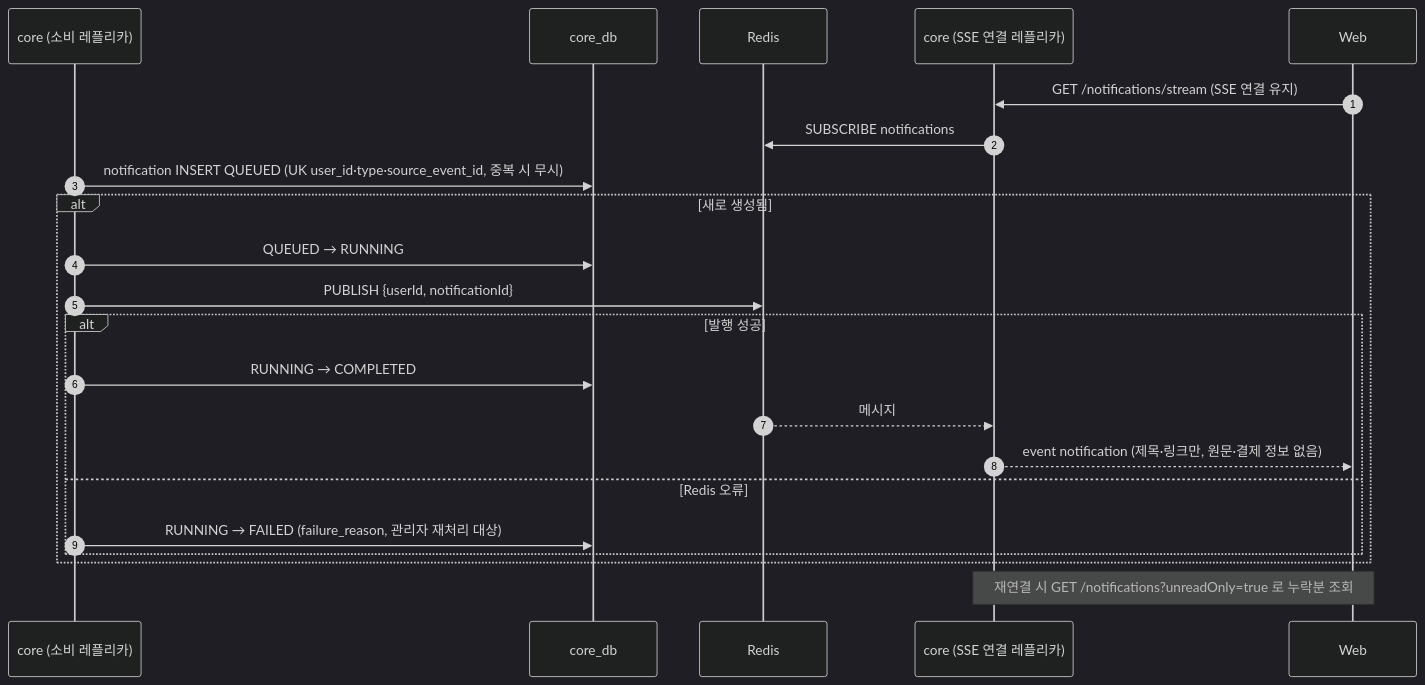
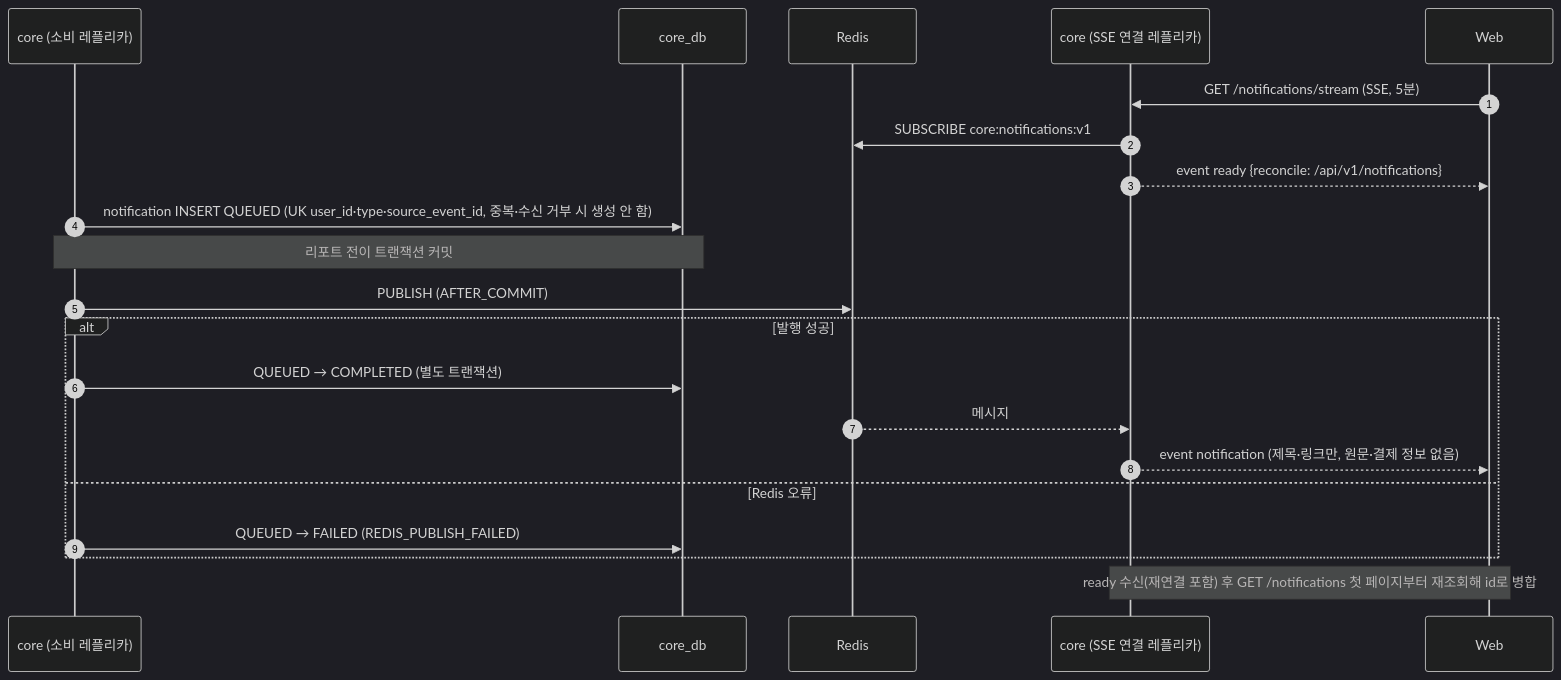
Diagram 12 of 21 in docs/design/sequence-diagram.md (SKNETWORKS-FAMILY-AICAMP/SKN34-FINAL-3TEAM), drawn with Mermaid (dark theme) before and after one commit. The commit also changed other lines of this file and 78 other files, not shown here.

````diff
--- a/docs/design/sequence-diagram.md
+++ b/docs/design/sequence-diagram.md
@@ -589,25 +589,24 @@
 ```mermaid
 sequenceDiagram
   autonumber
   participant C1 as core (소비 레플리카)
   participant CDB as core_db
   participant R as Redis
   participant C2 as core (SSE 연결 레플리카)
   participant W as Web
 
-  W->>C2: GET /notifications/stream (SSE 연결 유지)
-  C2->>R: SUBSCRIBE notifications
-  C1->>CDB: notification INSERT QUEUED (UK user_id·type·source_event_id, 중복 시 무시)
-  alt 새로 생성됨
-    C1->>CDB: QUEUED → RUNNING
-    C1->>R: PUBLISH {userId, notificationId}
-    alt 발행 성공
-      C1->>CDB: RUNNING → COMPLETED
-      R-->>C2: 메시지
-      C2-->>W: event notification (제목·링크만, 원문·결제 정보 없음)
-    else Redis 오류
-      C1->>CDB: RUNNING → FAILED (failure_reason, 관리자 재처리 대상)
-    end
+  W->>C2: GET /notifications/stream (SSE, 5분)
+  C2->>R: SUBSCRIBE core:notifications:v1
+  C2-->>W: event ready {reconcile: /api/v1/notifications}
+  C1->>CDB: notification INSERT QUEUED (UK user_id·type·source_event_id, 중복·수신 거부 시 생성 안 함)
+  Note over C1,CDB: 리포트 전이 트랜잭션 커밋
+  C1->>R: PUBLISH (AFTER_COMMIT)
+  alt 발행 성공
+    C1->>CDB: QUEUED → COMPLETED (별도 트랜잭션)
+    R-->>C2: 메시지
+    C2-->>W: event notification (제목·링크만, 원문·결제 정보 없음)
+  else Redis 오류
+    C1->>CDB: QUEUED → FAILED (REDIS_PUBLISH_FAILED)
   end
-  Note over W,C2: 재연결 시 GET /notifications?unreadOnly=true 로 누락분 조회
+  Note over W,C2: ready 수신(재연결 포함) 후 GET /notifications 첫 페이지부터 재조회해 id로 병합
 ```
````
